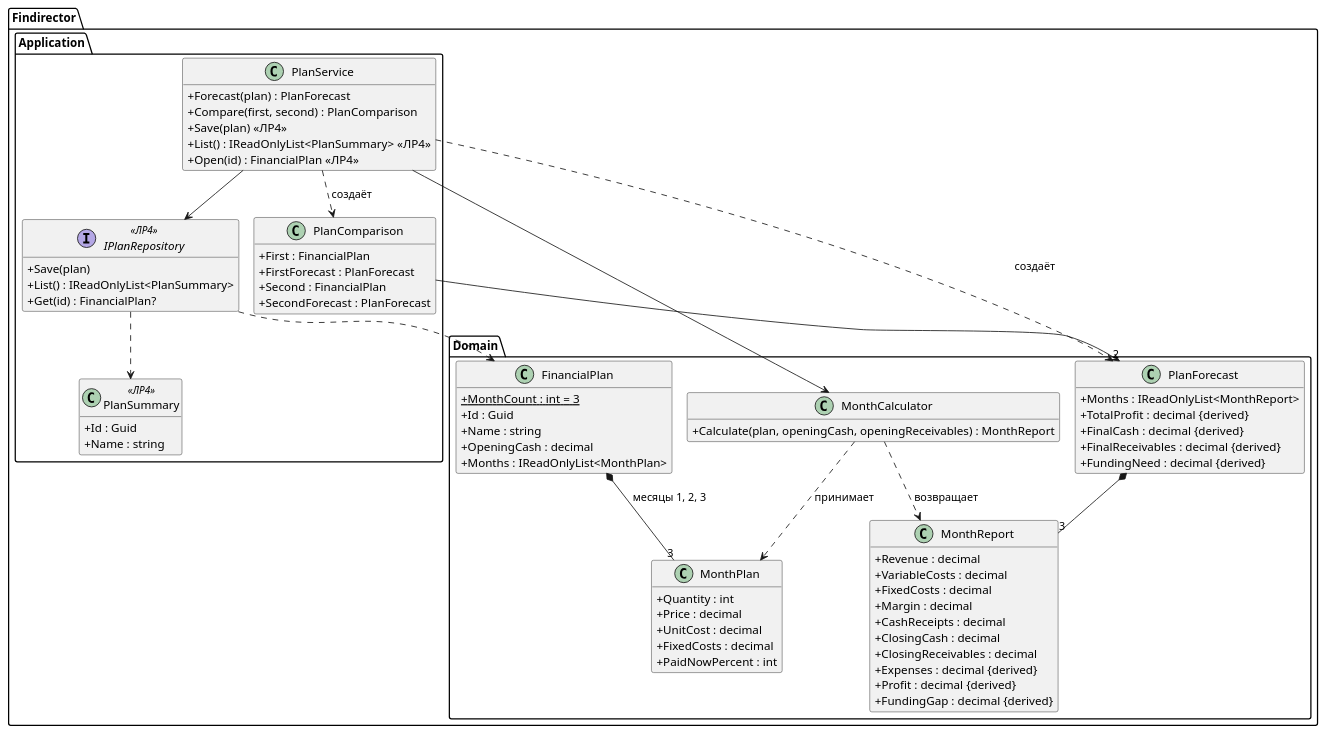
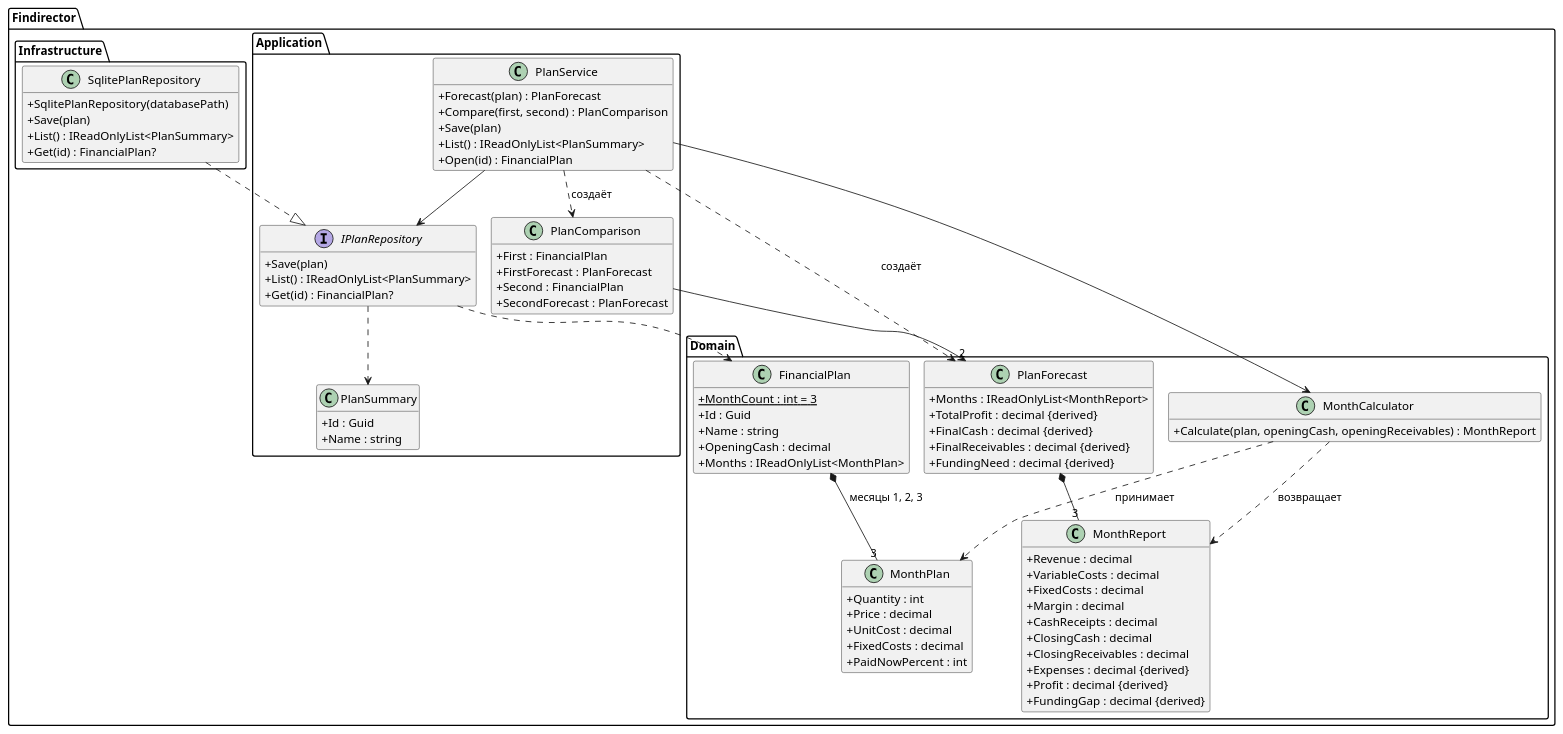
One commit to Lev12345678901234567890/Findirector changed the diagram in docs/diagrams/domain.puml. Above: the diagram before and after it, drawn with PlantUML. The commit also changed 21 other files, not shown here.

```diff
--- a/docs/diagrams/domain.puml
+++ b/docs/diagrams/domain.puml
@@ -1,81 +1,91 @@
 @startuml
 !pragma layout smetana
 skinparam classAttributeIconSize 0
 hide empty members
 
 package "Findirector.Domain" {
   class FinancialPlan {
     +{static} MonthCount : int = 3
     +Id : Guid
     +Name : string
     +OpeningCash : decimal
     +Months : IReadOnlyList<MonthPlan>
   }
   class MonthPlan {
     +Quantity : int
     +Price : decimal
     +UnitCost : decimal
     +FixedCosts : decimal
     +PaidNowPercent : int
   }
   class MonthCalculator {
     +Calculate(plan, openingCash, openingReceivables) : MonthReport
   }
   class MonthReport {
     +Revenue : decimal
     +VariableCosts : decimal
     +FixedCosts : decimal
     +Margin : decimal
     +CashReceipts : decimal
     +ClosingCash : decimal
     +ClosingReceivables : decimal
     +Expenses : decimal {derived}
     +Profit : decimal {derived}
     +FundingGap : decimal {derived}
   }
   class PlanForecast {
     +Months : IReadOnlyList<MonthReport>
     +TotalProfit : decimal {derived}
     +FinalCash : decimal {derived}
     +FinalReceivables : decimal {derived}
     +FundingNeed : decimal {derived}
   }
 }
 
 package "Findirector.Application" {
   class PlanService {
     +Forecast(plan) : PlanForecast
     +Compare(first, second) : PlanComparison
-    +Save(plan) <<ЛР4>>
-    +List() : IReadOnlyList<PlanSummary> <<ЛР4>>
-    +Open(id) : FinancialPlan <<ЛР4>>
+    +Save(plan)
+    +List() : IReadOnlyList<PlanSummary>
+    +Open(id) : FinancialPlan
   }
-  interface IPlanRepository <<ЛР4>> {
+  interface IPlanRepository {
     +Save(plan)
     +List() : IReadOnlyList<PlanSummary>
     +Get(id) : FinancialPlan?
   }
   class PlanComparison {
     +First : FinancialPlan
     +FirstForecast : PlanForecast
     +Second : FinancialPlan
     +SecondForecast : PlanForecast
   }
-  class PlanSummary <<ЛР4>> {
+  class PlanSummary {
     +Id : Guid
     +Name : string
   }
 }
 
+package "Findirector.Infrastructure" {
+  class SqlitePlanRepository {
+    +SqlitePlanRepository(databasePath)
+    +Save(plan)
+    +List() : IReadOnlyList<PlanSummary>
+    +Get(id) : FinancialPlan?
+  }
+}
+
+SqlitePlanRepository ..|> IPlanRepository
 FinancialPlan *-- "3" MonthPlan : месяцы 1, 2, 3
 PlanForecast *-- "3" MonthReport
 MonthCalculator ..> MonthPlan : принимает
 MonthCalculator ..> MonthReport : возвращает
 PlanService --> MonthCalculator
 PlanService --> IPlanRepository
 PlanService ..> PlanForecast : создаёт
 PlanService ..> PlanComparison : создаёт
 PlanComparison --> "2" PlanForecast
 IPlanRepository ..> FinancialPlan
 IPlanRepository ..> PlanSummary
 @enduml
```
